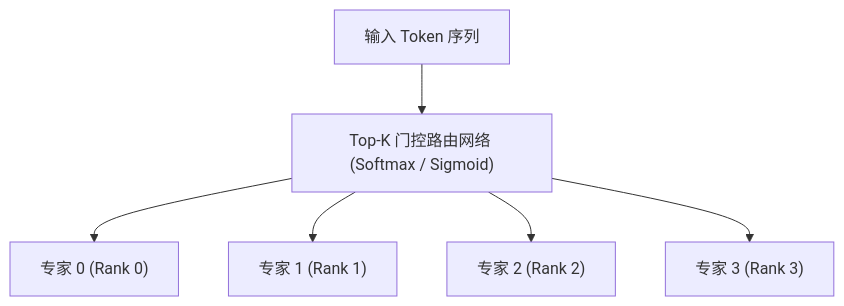
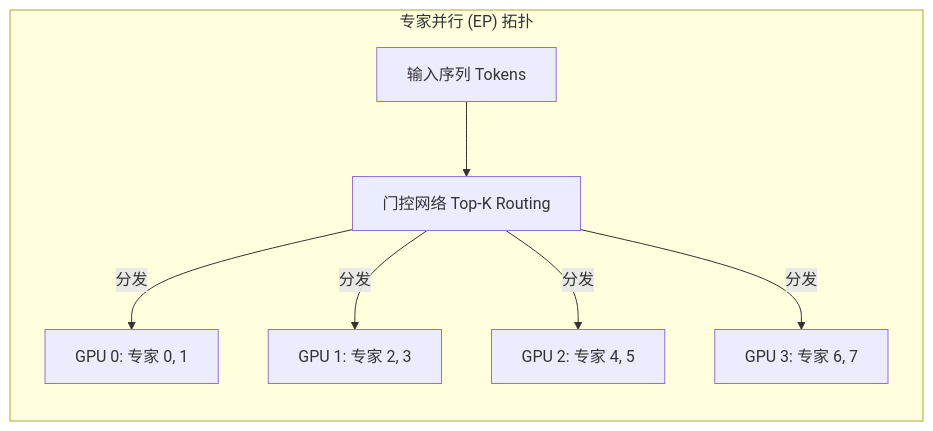
Before and after one commit to hsthanb4/hpclearning: the first of 2 diagrams in train/lesson10.qmd, drawn with Mermaid. The commit also changed other lines of this file and 89 other files, not shown here.

Commit message:
style(docs): relocate images and diagrams adjacent to their textual references across all lessons

````diff
--- a/train/lesson10.qmd
+++ b/train/lesson10.qmd
@@ -32,8 +45,10 @@
 ```{mermaid}
-flowchart TD
-    Tokens["输入 Token 序列"] --> Router["Top-K 门控路由网络 (Softmax / Sigmoid)"]
-    Router --> E0["专家 0 (Rank 0)"]
-    Router --> E1["专家 1 (Rank 1)"]
-    Router --> E2["专家 2 (Rank 2)"]
-    Router --> E3["专家 3 (Rank 3)"]
+flowchart LR
+    subgraph ExpertParallel["专家并行 (EP) 拓扑"]
+        Tokens["输入序列 Tokens"] --> Gate["门控网络 Top-K Routing"]
+        Gate -->|分发| E0["GPU 0: 专家 0, 1"]
+        Gate -->|分发| E1["GPU 1: 专家 2, 3"]
+        Gate -->|分发| E2["GPU 2: 专家 4, 5"]
+        Gate -->|分发| E3["GPU 3: 专家 6, 7"]
+    end
 ```
````
